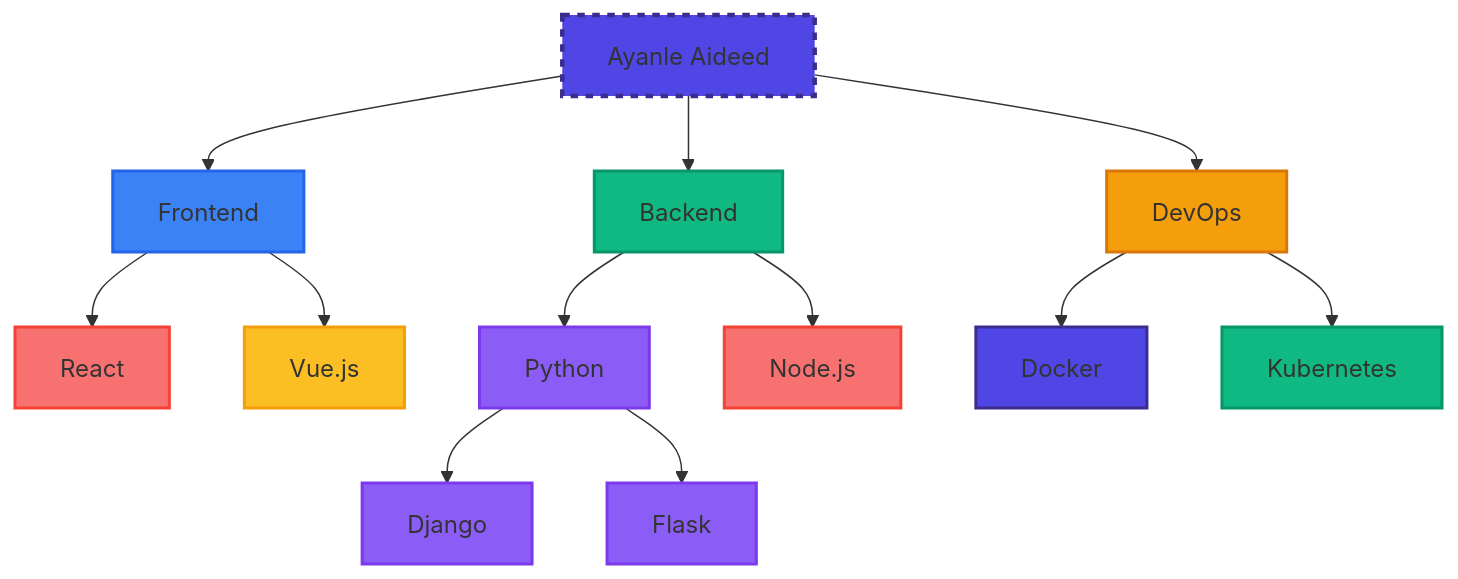
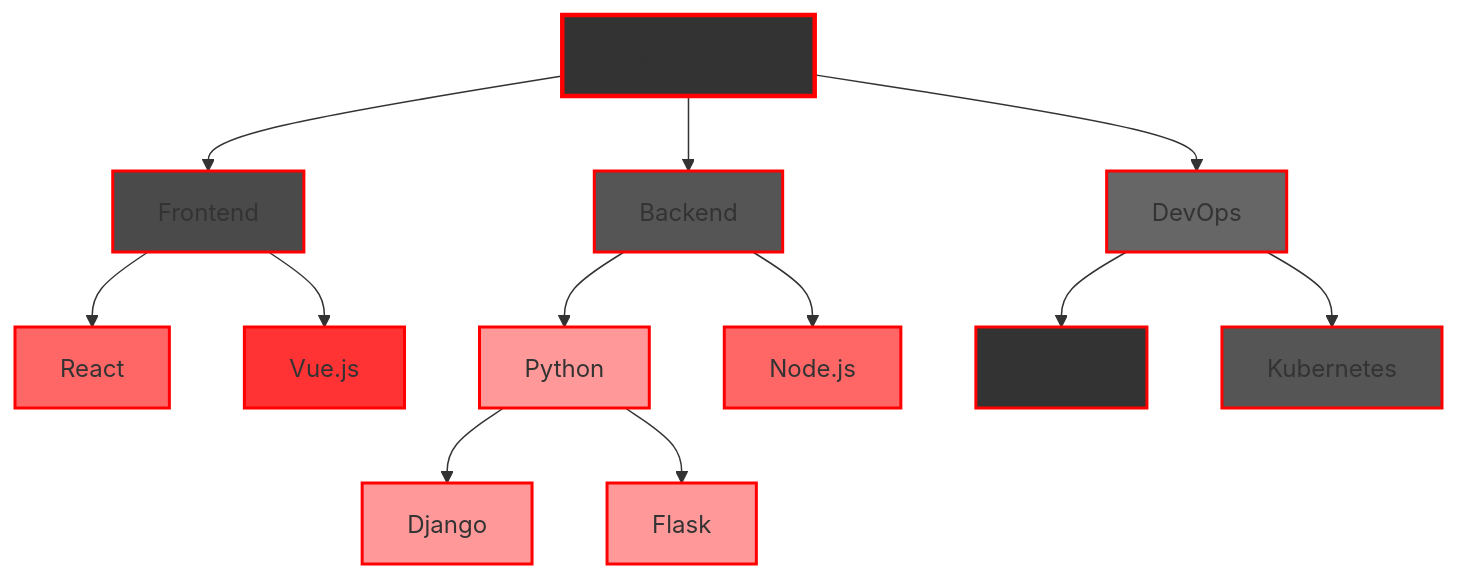
The diagram in README.md (Ayanleaideed/Ayanleaideed), drawn with Mermaid before and after one commit.

````diff
--- a/README.md
+++ b/README.md
@@ -113,27 +113,27 @@
 ```mermaid
 graph TD
     A[Ayanle Aideed] --> B[Frontend]
     A --> C[Backend]
     A --> D[DevOps]
     B --> E[React]
     B --> F[Vue.js]
     C --> G[Python]
     C --> H[Node.js]
     D --> I[Docker]
     D --> J[Kubernetes]
     G --> L[Django]
     G --> M[Flask]
-    style A fill:#4F46E5,stroke:#3B2C8D,stroke-width:3px,stroke-dasharray: 5 5
-    style B fill:#3B82F6,stroke:#2563EB,stroke-width:2px
-    style C fill:#10B981,stroke:#059669,stroke-width:2px
-    style D fill:#F59E0B,stroke:#D97706,stroke-width:2px
-    style E fill:#F87171,stroke:#F44336,stroke-width:2px
-    style F fill:#FBBF24,stroke:#F59E0B,stroke-width:2px
-    style G fill:#8B5CF6,stroke:#7C3AED,stroke-width:2px
-    style H fill:#F87171,stroke:#F44336,stroke-width:2px
-    style I fill:#4F46E5,stroke:#3B2C8D,stroke-width:2px
-    style J fill:#10B981,stroke:#059669,stroke-width:2px
-    style L fill:#8B5CF6,stroke:#7C3AED,stroke-width:2px
-    style M fill:#8B5CF6,stroke:#7C3AED,stroke-width:2px
+    style A fill:#333333,stroke:#FF0000,stroke-width:3px
+    style B fill:#4A4A4A,stroke:#FF0000,stroke-width:2px
+    style C fill:#555555,stroke:#FF0000,stroke-width:2px
+    style D fill:#666666,stroke:#FF0000,stroke-width:2px
+    style E fill:#FF6666,stroke:#FF0000,stroke-width:2px
+    style F fill:#FF3333,stroke:#FF0000,stroke-width:2px
+    style G fill:#FF9999,stroke:#FF0000,stroke-width:2px
+    style H fill:#FF6666,stroke:#FF0000,stroke-width:2px
+    style I fill:#333333,stroke:#FF0000,stroke-width:2px
+    style J fill:#555555,stroke:#FF0000,stroke-width:2px
+    style L fill:#FF9999,stroke:#FF0000,stroke-width:2px
+    style M fill:#FF9999,stroke:#FF0000,stroke-width:2px
 
 ```
````
